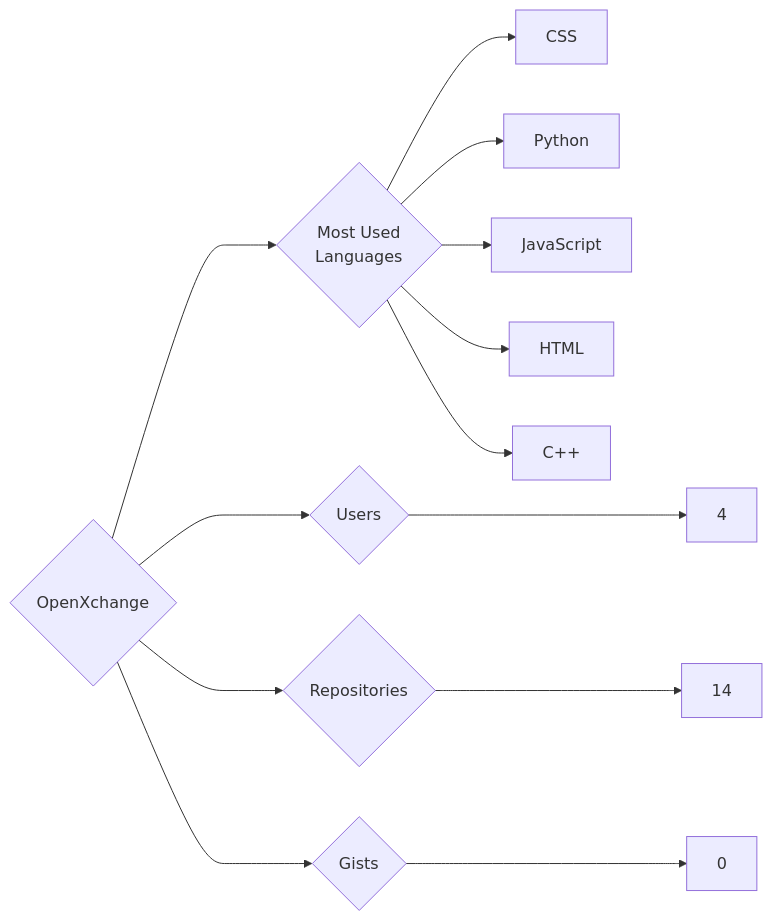
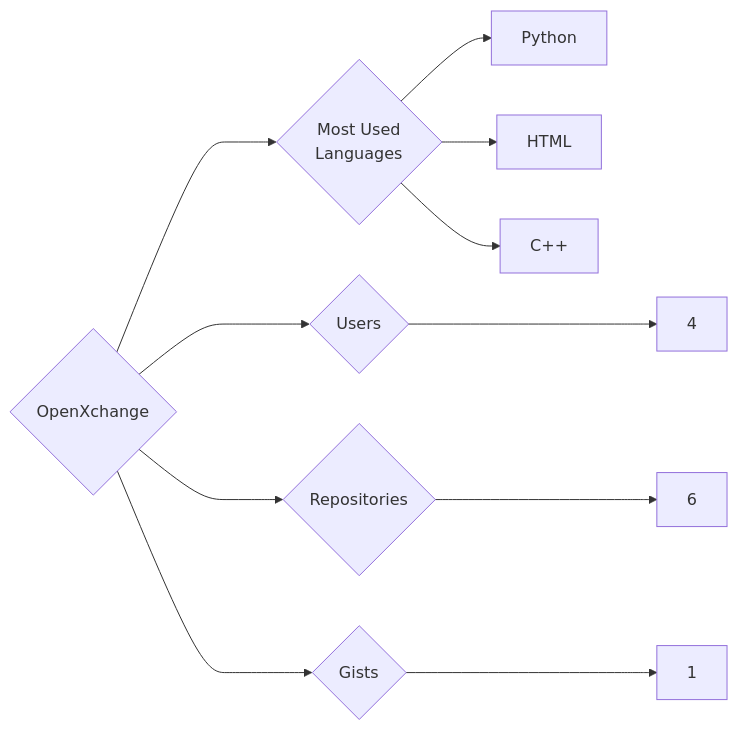
The diagram in targets/OpenXchange/README.md (trickest/insiders), drawn with Mermaid before and after one commit. The commit also changed 1479 other files, not shown here.

````diff
--- a/targets/OpenXchange/README.md
+++ b/targets/OpenXchange/README.md
@@ -3,13 +3,11 @@
 ```mermaid
 graph LR
 COMPANY_NAME{OpenXchange}
 COMPANY_NAME ---> U{Users} ---> UN[4]
-COMPANY_NAME ---> R{Repositories} ---> RN[14]
-COMPANY_NAME ---> G{Gists} ---> GN[0]
+COMPANY_NAME ---> R{Repositories} ---> RN[6]
+COMPANY_NAME ---> G{Gists} ---> GN[1]
 COMPANY_NAME ---> ML{Most Used<br>Languages}
-ML --> CSS[CSS]
 ML --> Python[Python]
-ML --> JavaScript[JavaScript]
 ML --> HTML[HTML]
 ML --> C++[C++]
 ```
````
